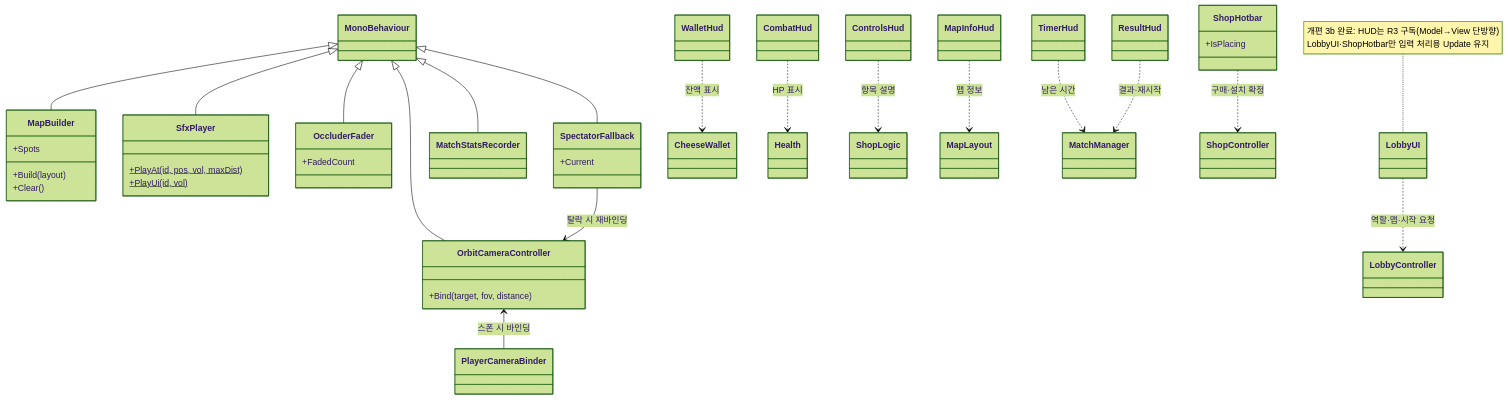
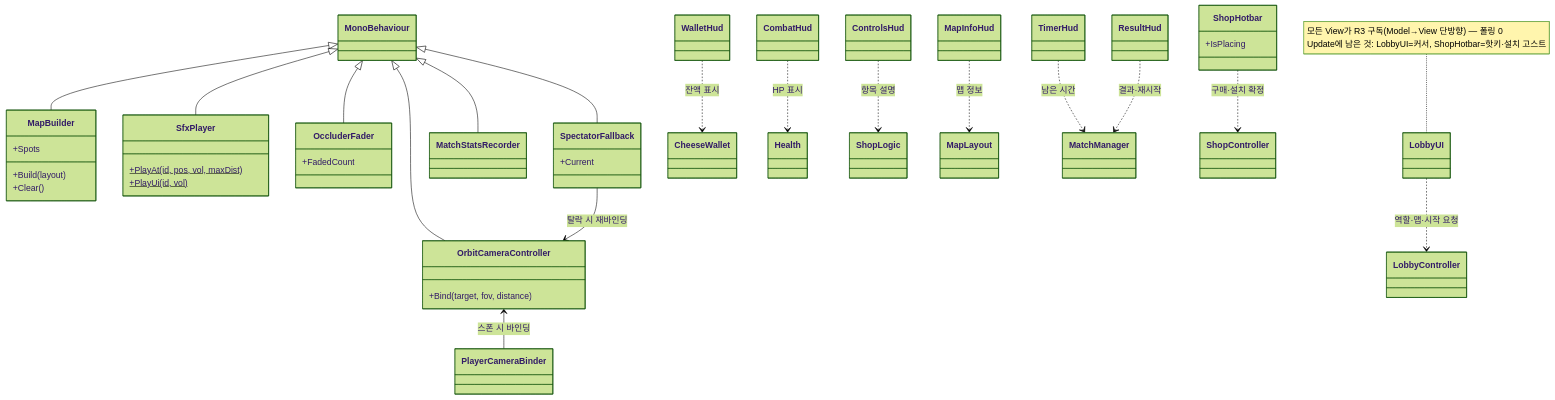
One commit to JeahanPark/The-Cheese-Thief-and-the-Cat changed the third of 6 diagrams in CTC/docs/design-vault/코드 다이어그램.md. Above: the diagram before and after it, drawn with Mermaid (forest theme). The commit also changed other lines of this file and 6 other files, not shown here.

````diff
--- a/CTC/docs/design-vault/코드 다이어그램.md
+++ b/CTC/docs/design-vault/코드 다이어그램.md
@@ -151,55 +151,55 @@
 ```mermaid
 classDiagram
     direction TB
 
     class MapBuilder {
         +Build(layout)
         +Clear()
         +Spots
     }
     class SfxPlayer {
         +PlayAt(id, pos, vol, maxDist)$
         +PlayUi(id, vol)$
     }
     class OccluderFader {
         +FadedCount
     }
     class SpectatorFallback {
         +Current
     }
     class MatchStatsRecorder
     class OrbitCameraController {
         +Bind(target, fov, distance)
     }
 
     class LobbyUI
     class WalletHud
     class CombatHud
     class ControlsHud
     class MapInfoHud
     class TimerHud
     class ResultHud
     class ShopHotbar {
         +IsPlacing
     }
 
     MonoBehaviour <|-- MapBuilder
     MonoBehaviour <|-- SfxPlayer
     MonoBehaviour <|-- OccluderFader
     MonoBehaviour <|-- SpectatorFallback
     MonoBehaviour <|-- MatchStatsRecorder
     MonoBehaviour <|-- OrbitCameraController
 
     LobbyUI ..> LobbyController : 역할·맵·시작 요청
     WalletHud ..> CheeseWallet : 잔액 표시
     CombatHud ..> Health : HP 표시
     ControlsHud ..> ShopLogic : 항목 설명
     MapInfoHud ..> MapLayout : 맵 정보
     TimerHud ..> MatchManager : 남은 시간
     ResultHud ..> MatchManager : 결과·재시작
     ShopHotbar ..> ShopController : 구매·설치 확정
     OrbitCameraController <-- PlayerCameraBinder : 스폰 시 바인딩
     SpectatorFallback --> OrbitCameraController : 탈락 시 재바인딩
 
-    note for LobbyUI "개편 3b 완료: HUD는 R3 구독(Model→View 단방향)<br/>LobbyUI·ShopHotbar만 입력 처리용 Update 유지"
+    note for LobbyUI "모든 View가 R3 구독(Model→View 단방향) — 폴링 0<br/>Update에 남은 것: LobbyUI=커서, ShopHotbar=핫키·설치 고스트"
 ```
````
